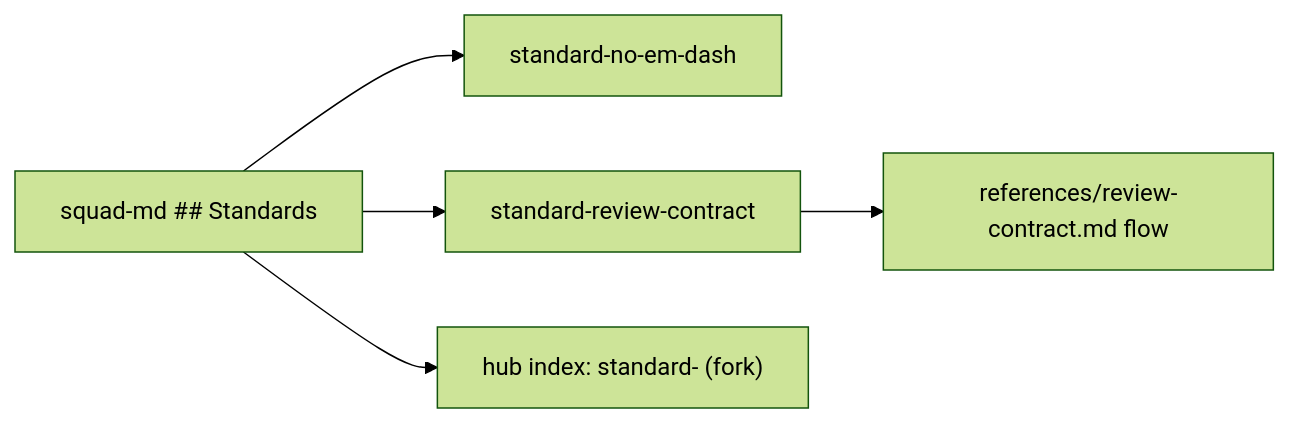
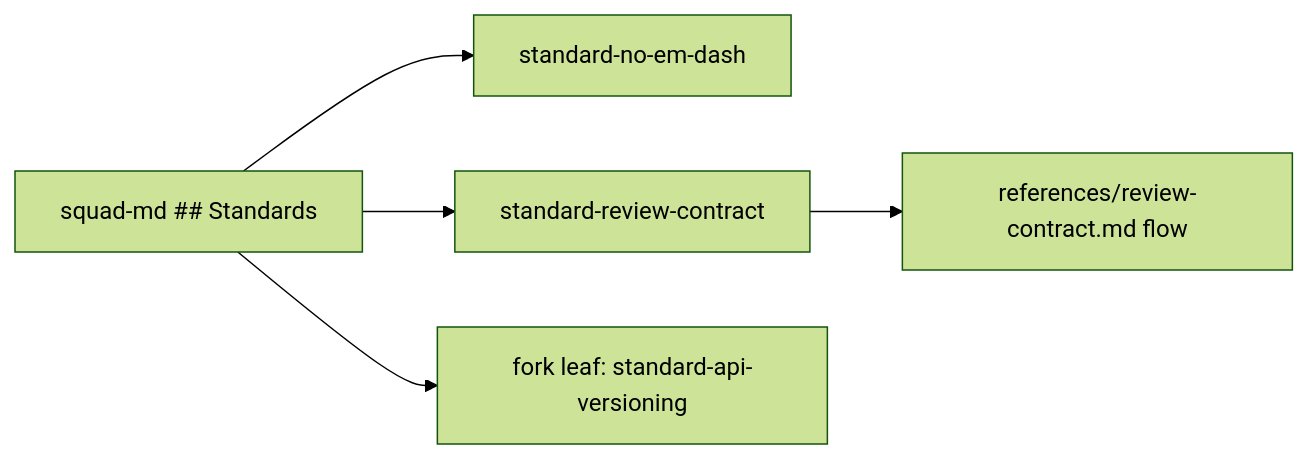
The diagram in docs/pbi/squad/ps07-standards-index-leafs.md (svennijhuis/agentPacks), drawn with Mermaid (forest theme) before and after one commit. The commit also changed other lines of this file and 7 other files, not shown here.

````diff
--- a/docs/pbi/squad/ps07-standards-index-leafs.md
+++ b/docs/pbi/squad/ps07-standards-index-leafs.md
@@ -143,7 +143,7 @@
 ```mermaid
 flowchart LR
   H["squad-md ## Standards"] --> S1["standard-no-em-dash"]
   H --> S2["standard-review-contract"]
-  H --> SL["hub index: standard-<name> (fork)"]
+  H --> SL["fork leaf: standard-api-versioning"]
   S2 --> RC["references/review-contract.md flow"]
 ```
````
